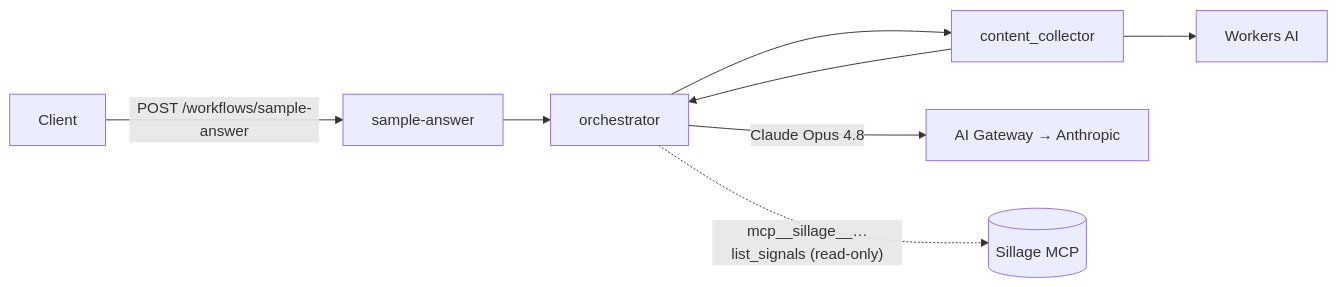
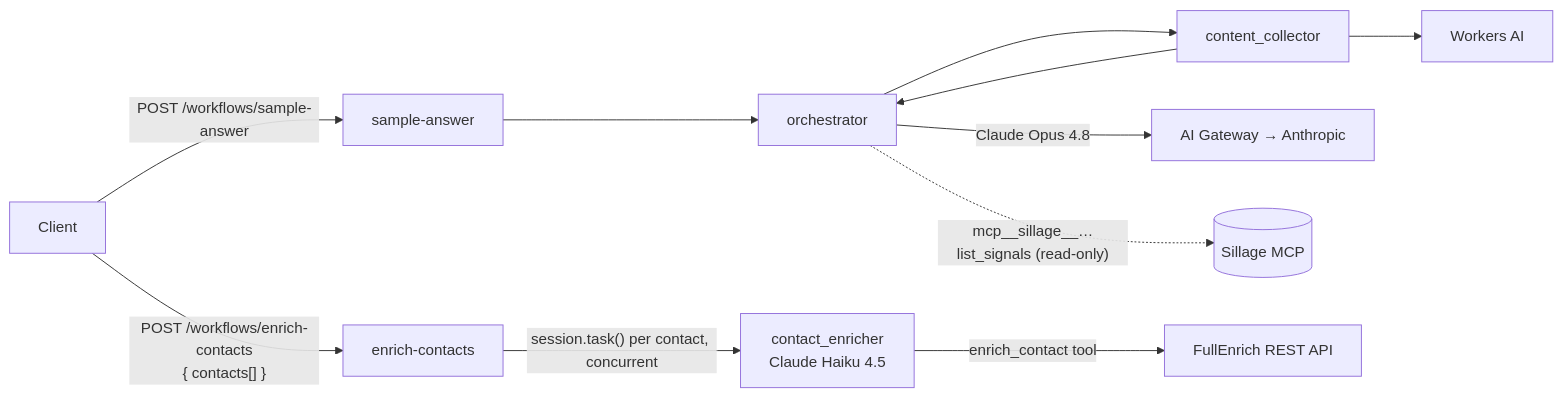
The second of 2 diagrams in apps/worker-agent/AGENTS.md (louisbrulenaudet/agentic-gtm-hackathon-monorepo), drawn with Mermaid before and after one commit. The commit also changed other lines of this file and 36 other files, not shown here.

````diff
--- a/apps/worker-agent/AGENTS.md
+++ b/apps/worker-agent/AGENTS.md
@@ -110,10 +115,14 @@
 ```mermaid
 flowchart LR
   Client -->|POST /workflows/sample-answer| Wf[sample-answer]
   Wf --> Orch[orchestrator]
   Orch --> Collector[content_collector]
   Collector --> Orch
   Orch -->|"Claude Opus 4.8"| AIG[AI Gateway → Anthropic]
   Collector --> AI[Workers AI]
   Orch -.->|"mcp__sillage__…list_signals (read-only)"| Sillage[(Sillage MCP)]
+
+  Client -->|"POST /workflows/enrich-contacts<br/>{ contacts[] }"| WfEnrich[enrich-contacts]
+  WfEnrich -->|"session.task() per contact, concurrent"| Enricher[contact_enricher<br/>Claude Haiku 4.5]
+  Enricher -->|enrich_contact tool| FE[FullEnrich REST API]
 ```
````
